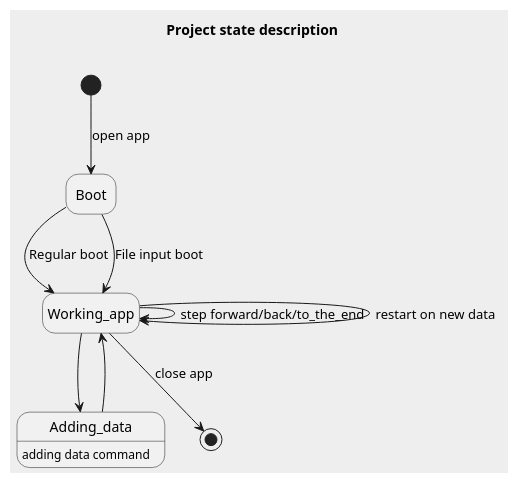
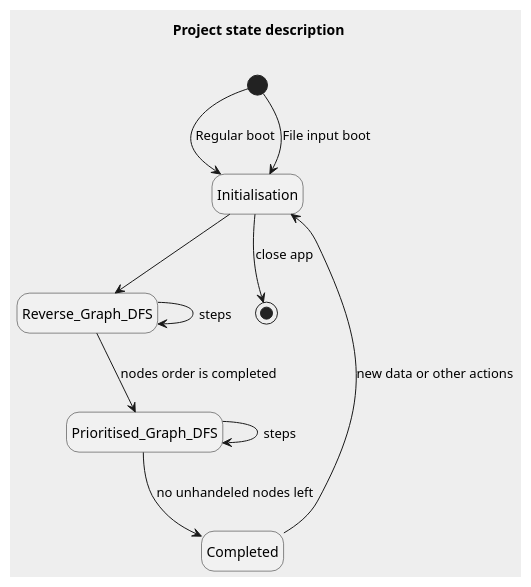
One commit to sergeyyurev/Summer_Practise_2021_group15 changed the diagram in Отчеты/ProjectStateDescription.puml. Above: the diagram before and after it, drawn with PlantUML. The commit also changed 3 other files, not shown here.

```diff
--- a/Отчеты/ProjectStateDescription.puml
+++ b/Отчеты/ProjectStateDescription.puml
@@ -1,18 +1,18 @@
 @startuml 
 skinparam monochrome true
 skinparam backgroundColor #EEEEEE
 hide empty description
 title Project state description\n
 
-[*] --> Boot : open app
-Boot --> Working_app : Regular boot
-Boot --> Working_app : File input boot
-Working_app --> Working_app : step forward/back/to_the_end
-Working_app --> Working_app : restart on new data
-Working_app --> Adding_data 
-Adding_data --> Working_app
-Adding_data : adding data command
 
-Working_app --> [*] : close app
+[*] --> Initialisation : Regular boot
+[*] --> Initialisation : File input boot
+Initialisation --> Reverse_Graph_DFS
+Reverse_Graph_DFS --> Reverse_Graph_DFS : steps
+Reverse_Graph_DFS --> Prioritised_Graph_DFS : nodes order is completed 
+Prioritised_Graph_DFS --> Prioritised_Graph_DFS : steps 
+Prioritised_Graph_DFS --> Completed : no unhandeled nodes left
+Completed --> Initialisation : new data or other actions
+Initialisation --> [*] : close app
 
 @enduml
```
